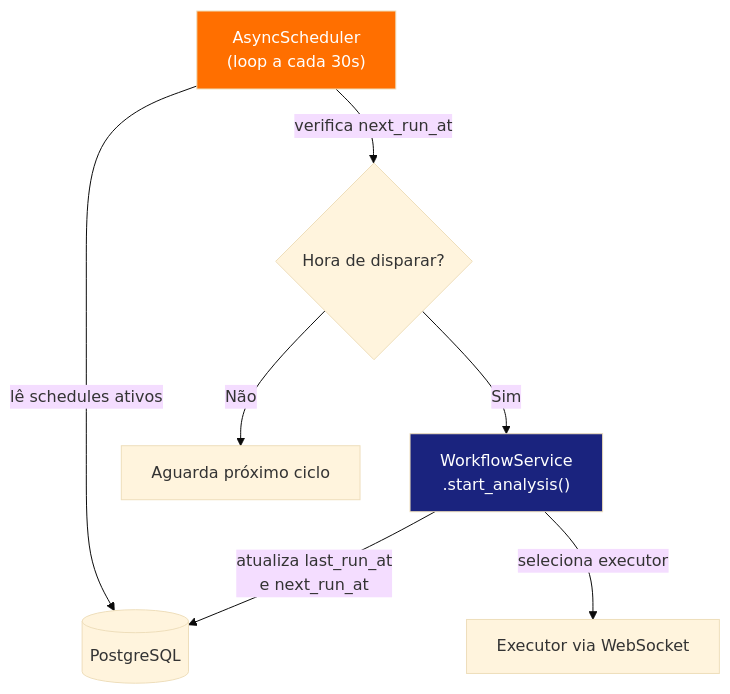
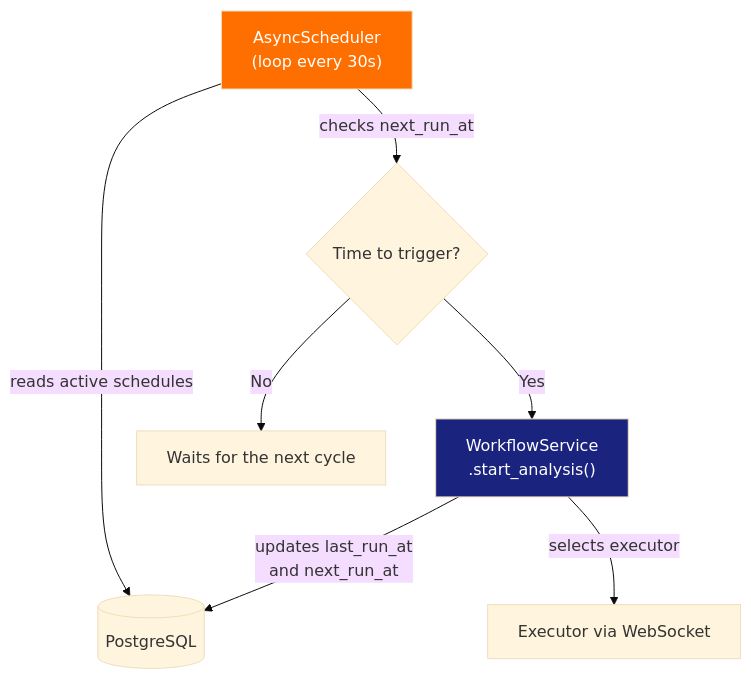
One commit to jlanio/atlans changed the second of 3 diagrams in README.md. Above: the diagram before and after it, drawn with Mermaid (base theme). The commit also changed other lines of this file and 41 other files, not shown here.

````diff
--- a/README.md
+++ b/README.md
@@ -520,12 +520,12 @@
 ```mermaid
 graph TD
-    SCHED["AsyncScheduler<br/>(loop a cada 30s)"] -->|"lê schedules ativos"| DB[(PostgreSQL)]
-    SCHED -->|"verifica next_run_at"| CHECK{Hora de disparar?}
-    CHECK -->|Sim| EXEC["WorkflowService<br/>.start_analysis()"]
-    CHECK -->|Não| WAIT["Aguarda próximo ciclo"]
-    EXEC -->|"seleciona executor"| AGENT["Executor via WebSocket"]
-    EXEC -->|"atualiza last_run_at<br/>e next_run_at"| DB
+    SCHED["AsyncScheduler<br/>(loop every 30s)"] -->|"reads active schedules"| DB[(PostgreSQL)]
+    SCHED -->|"checks next_run_at"| CHECK{Time to trigger?}
+    CHECK -->|Yes| EXEC["WorkflowService<br/>.start_analysis()"]
+    CHECK -->|No| WAIT["Waits for the next cycle"]
+    EXEC -->|"selects executor"| AGENT["Executor via WebSocket"]
+    EXEC -->|"updates last_run_at<br/>and next_run_at"| DB
 
     style SCHED fill:#ff6f00,color:#fff
     style EXEC fill:#1a237e,color:#fff
 ```
````
